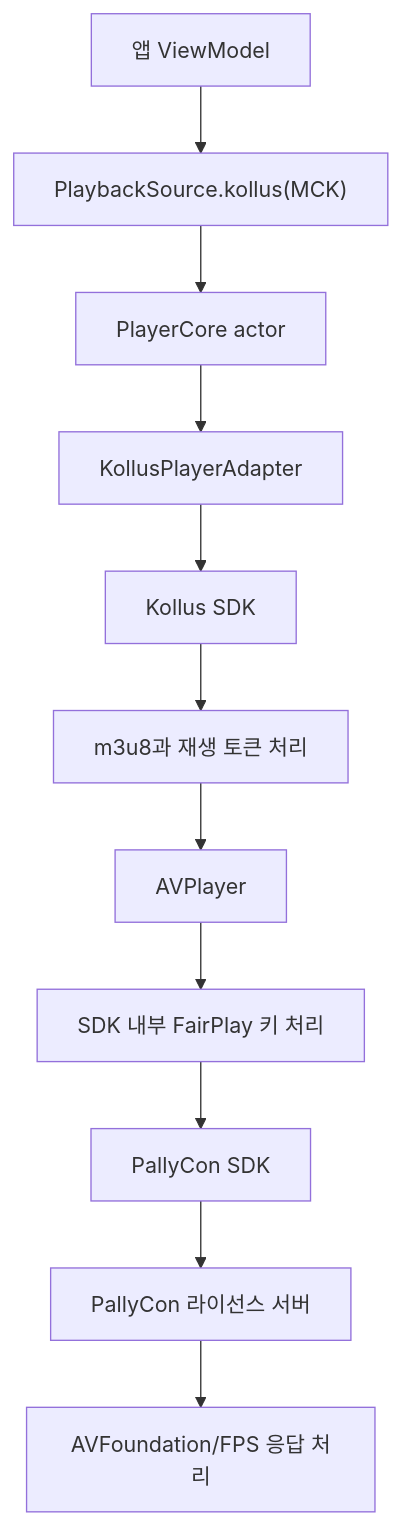
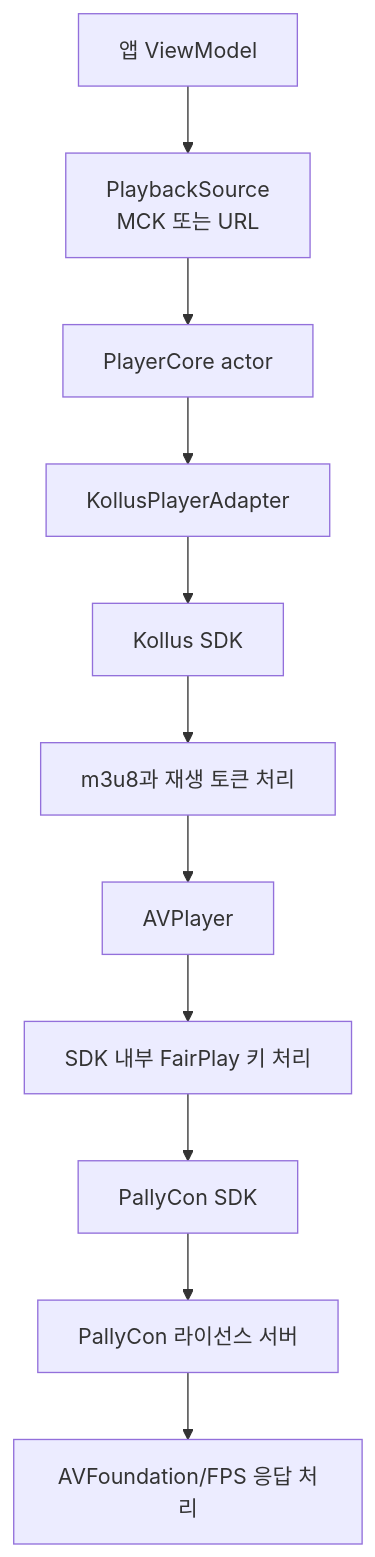
Before and after one commit to megastudymobile/ms-videoplayer-ios: the sixth of 6 diagrams in docs/blog/02-hls-spc-ckc-deep-dive.md, drawn with Mermaid. The commit also changed other lines of this file and 2 other files, not shown here.

Commit message:
feat(kollus): extend PlaybackSource and PlayerEvent for enhanced functionality

````diff
--- a/docs/blog/02-hls-spc-ckc-deep-dive.md
+++ b/docs/blog/02-hls-spc-ckc-deep-dive.md
@@ -326,13 +326,13 @@
 ```mermaid
 flowchart TB
-    ViewModel[앱 ViewModel] --> Source["PlaybackSource.kollus(MCK)"]
+    ViewModel[앱 ViewModel] --> Source["PlaybackSource<br/>MCK 또는 URL"]
     Source --> Core[PlayerCore actor]
     Core --> Adapter[KollusPlayerAdapter]
     Adapter --> Kollus[Kollus SDK]
     Kollus --> M3U8[m3u8과 재생 토큰 처리]
     M3U8 --> AVPlayer[AVPlayer]
     AVPlayer --> KeyFlow[SDK 내부 FairPlay 키 처리]
     KeyFlow --> PallyCon[PallyCon SDK]
     PallyCon --> License[PallyCon 라이선스 서버]
     License --> FPS[AVFoundation/FPS 응답 처리]
 ```
````
